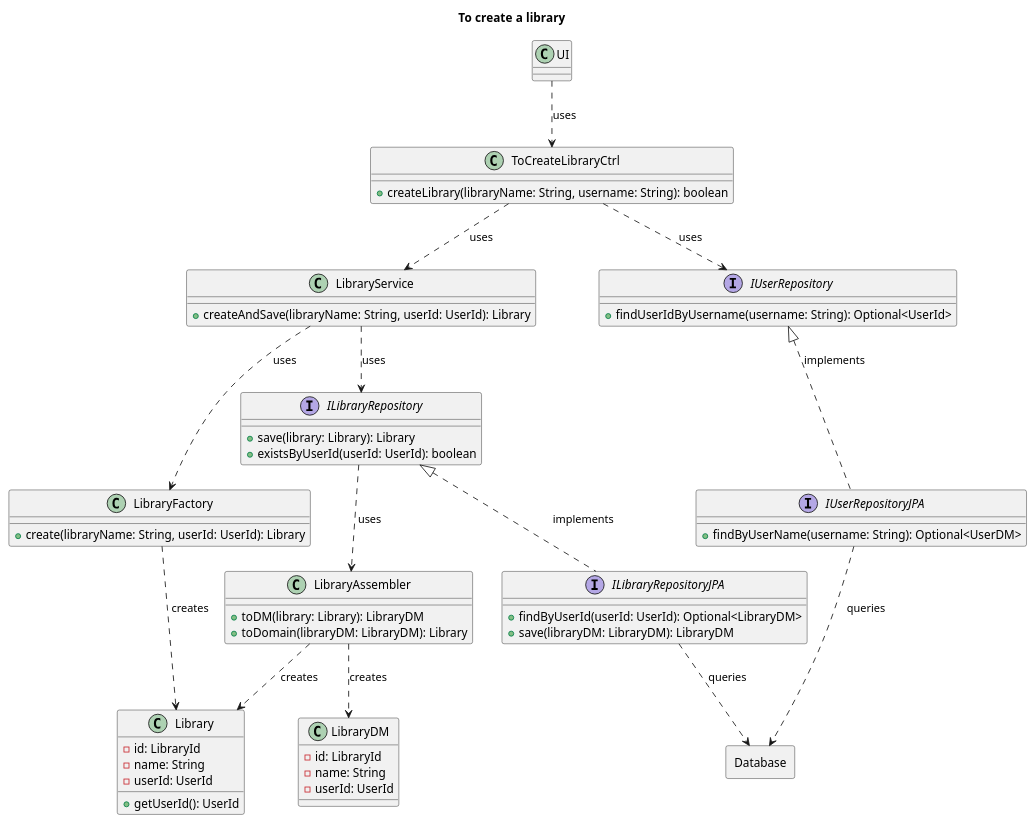
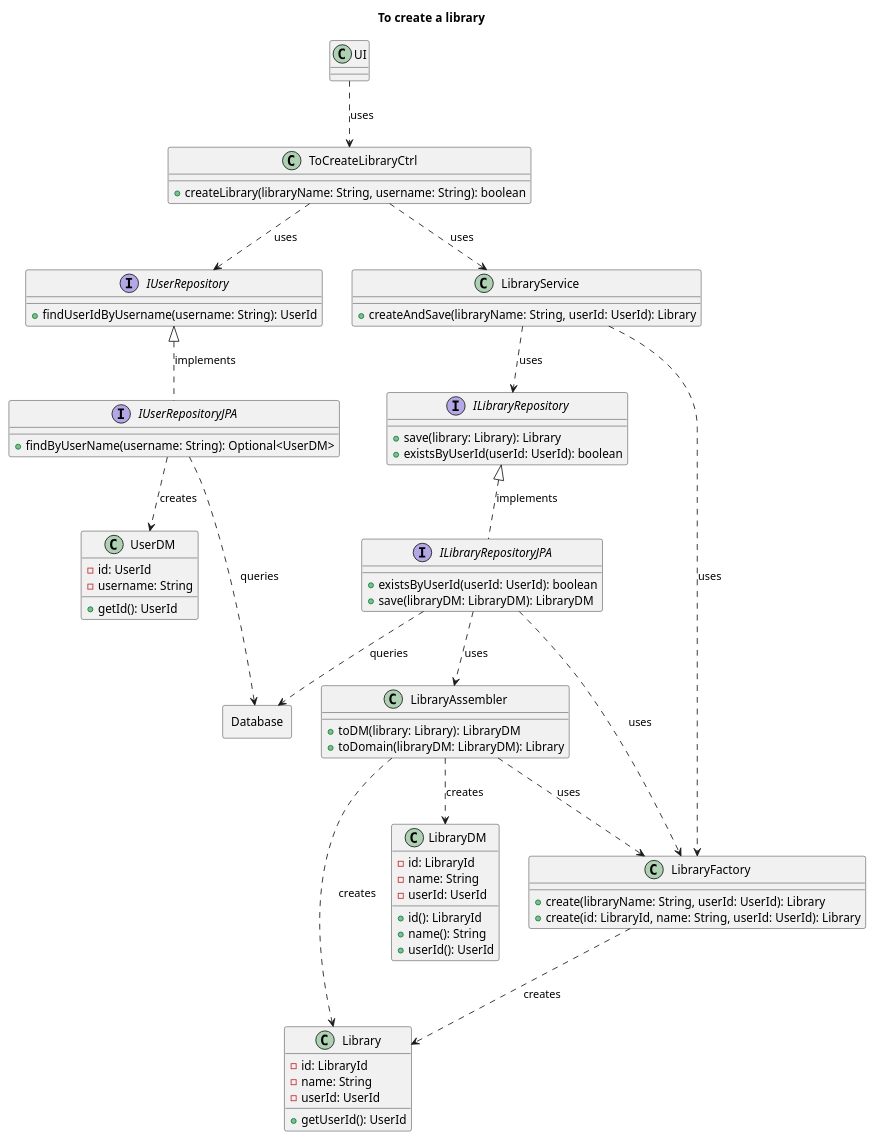
The diagram in Diagrams/ClassDiagrams/To-create-a-library.puml (AndrePereiraGitH/SWitCH-Project-Team_A), drawn with PlantUML before and after one commit. The commit also changed 3 other files, not shown here.

```diff
--- a/Diagrams/ClassDiagrams/To-create-a-library.puml
+++ b/Diagrams/ClassDiagrams/To-create-a-library.puml
@@ -1,83 +1,96 @@
 @startuml
 title To create a library
 
 ' ── UI Layer ───────────────────────────────────────────────
 class UI {
 }
 
 ' ── Application Layer ──────────────────────────────────────
 class ToCreateLibraryCtrl {
     + createLibrary(libraryName: String, username: String): boolean
 }
 
 class LibraryService {
     + createAndSave(libraryName: String, userId: UserId): Library
 }
 
 ' ── Domain Layer ───────────────────────────────────────────
 interface IUserRepository {
-    + findUserIdByUsername(username: String): Optional<UserId>
+    + findUserIdByUsername(username: String): UserId
 }
 
 interface ILibraryRepository {
     + save(library: Library): Library
     + existsByUserId(userId: UserId): boolean
 }
 
 class LibraryFactory {
     + create(libraryName: String, userId: UserId): Library
+    + create(id: LibraryId, name: String, userId: UserId): Library
 }
 
 class Library {
     - id: LibraryId
     - name: String
     - userId: UserId
     + getUserId(): UserId
 }
 
 ' ── Infrastructure Layer ───────────────────────────────────
 interface IUserRepositoryJPA {
     + findByUserName(username: String): Optional<UserDM>
 }
 
 interface ILibraryRepositoryJPA {
-    + findByUserId(userId: UserId): Optional<LibraryDM>
+    + existsByUserId(userId: UserId): boolean
     + save(libraryDM: LibraryDM): LibraryDM
 }
 
 class LibraryAssembler {
     + toDM(library: Library): LibraryDM
     + toDomain(libraryDM: LibraryDM): Library
 }
 
+class UserDM {
+    - id: UserId
+    - username: String
+    + getId(): UserId
+}
+
 class LibraryDM {
     - id: LibraryId
     - name: String
     - userId: UserId
+    + id(): LibraryId
+    + name(): String
+    + userId(): UserId
 }
 
 Rectangle Database {
 }
 
 ' ── Relationships ──────────────────────────────────────────
 UI ..> ToCreateLibraryCtrl: uses
 ToCreateLibraryCtrl ..> IUserRepository: uses
 ToCreateLibraryCtrl ..> LibraryService: uses
 
 LibraryService ..> LibraryFactory: uses
 LibraryService ..> ILibraryRepository: uses
 
 IUserRepository <|.. IUserRepositoryJPA: implements
 ILibraryRepository <|.. ILibraryRepositoryJPA: implements
 
-ILibraryRepository ..> LibraryAssembler: uses
+ILibraryRepositoryJPA ..> LibraryAssembler: uses
+ILibraryRepositoryJPA ..> LibraryFactory: uses
 
 LibraryAssembler ..> LibraryDM: creates
 LibraryAssembler ..> Library: creates
+LibraryAssembler ..> LibraryFactory: uses
 
 LibraryFactory ..> Library: creates
 
+IUserRepositoryJPA ..> UserDM: creates
 IUserRepositoryJPA ..> Database: queries
 ILibraryRepositoryJPA ..> Database: queries
 
 @enduml
```
